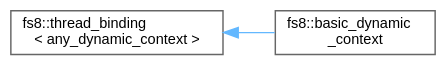
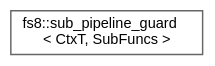
One commit to the-moisrex/foresight changed the diagram in api/inherit_graph_121.dot. Above: the diagram before and after it, drawn with Graphviz. The commit also changed 261 other files, not shown here.

```diff
--- a/api/inherit_graph_121.dot
+++ b/api/inherit_graph_121.dot
@@ -1,11 +1,9 @@
 digraph "Graphical Class Hierarchy"
 {
  // LATEX_PDF_SIZE
   bgcolor="transparent";
   edge [fontname=Helvetica,fontsize=10,labelfontname=Helvetica,labelfontsize=10];
   node [fontname=Helvetica,fontsize=10,shape=box,height=0.2,width=0.4];
   rankdir="LR";
-  Node0 [id="Node000000",label="fs8::thread_binding\l\< any_dynamic_context \>",height=0.2,width=0.4,color="grey40", fillcolor="white", style="filled",URL="$structfs8_1_1thread__binding.html",tooltip=" "];
-  Node0 -> Node1 [id="edge137_Node000000_Node000001",dir="back",color="steelblue1",style="solid",tooltip=" "];
-  Node1 [id="Node000001",label="fs8::basic_dynamic\l_context",height=0.2,width=0.4,color="grey40", fillcolor="white", style="filled",URL="$structfs8_1_1basic__dynamic__context.html",tooltip=" "];
+  Node0 [id="Node000000",label="fs8::sub_pipeline_guard\l\< CtxT, SubFuncs \>",height=0.2,width=0.4,color="grey40", fillcolor="white", style="filled",URL="$structfs8_1_1sub__pipeline__guard.html",tooltip="RAII guard that enters a sub-pipeline on construction and exits on destruction."];
 }
```
